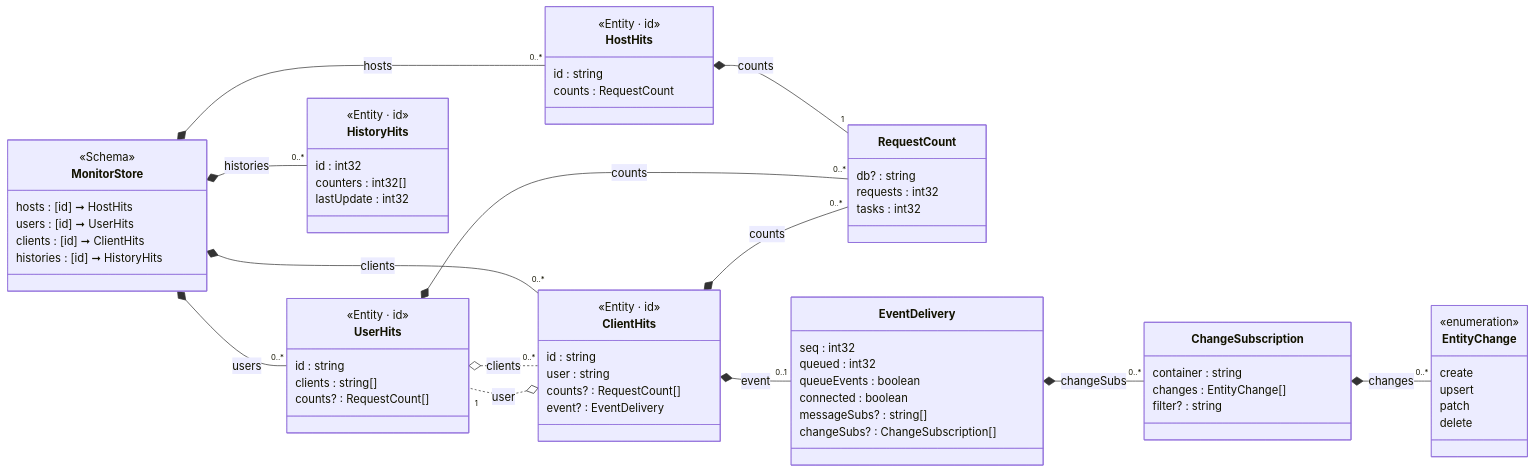
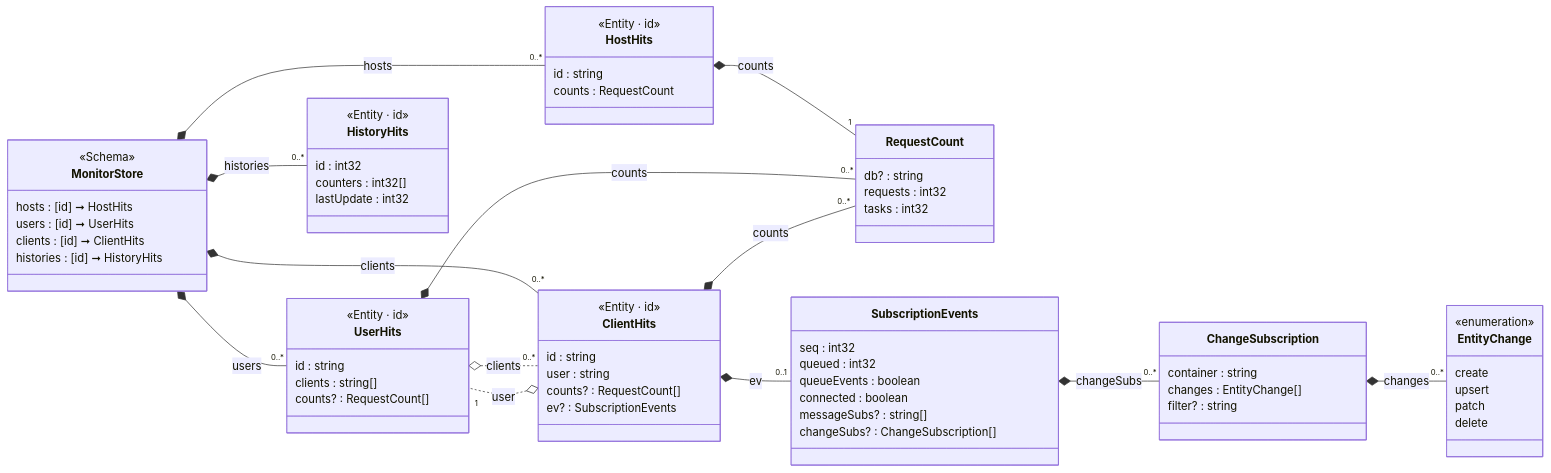
The diagram in Json.Tests/assets~/Schema/Markdown/MonitorStore/class-diagram.md (friflo/Friflo.Json.Fliox), drawn with Mermaid before and after one commit. The commit also changed 49 other files, not shown here.

Commit message:
moved / rename model classes from: DB.Monitor -> DB.Cluster - EventDelivery - > SubscriptionEvents - ChangeSubscription

````diff
--- a/Json.Tests/assets~/Schema/Markdown/MonitorStore/class-diagram.md
+++ b/Json.Tests/assets~/Schema/Markdown/MonitorStore/class-diagram.md
@@ -3,85 +3,85 @@
 ```mermaid
 classDiagram
 direction LR
 
 class MonitorStore:::cssSchema {
     <<Schema>>
     <<abstract>>
     hosts      : [id] ➞ HostHits
     users      : [id] ➞ UserHits
     clients    : [id] ➞ ClientHits
     histories  : [id] ➞ HistoryHits
 }
 MonitorStore *-- "0..*" HostHits : hosts
 MonitorStore *-- "0..*" UserHits : users
 MonitorStore *-- "0..*" ClientHits : clients
 MonitorStore *-- "0..*" HistoryHits : histories
 
 class HostHits:::cssEntity {
     <<Entity · id>>
     id      : string
     counts  : RequestCount
 }
 HostHits *-- "1" RequestCount : counts
 
 class UserHits:::cssEntity {
     <<Entity · id>>
     id       : string
     clients  : string[]
     counts?  : RequestCount[]
 }
 UserHits o.. "0..*" ClientHits : clients
 UserHits *-- "0..*" RequestCount : counts
 
 class ClientHits:::cssEntity {
     <<Entity · id>>
     id      : string
     user    : string
     counts? : RequestCount[]
-    event?  : EventDelivery
+    ev?     : SubscriptionEvents
 }
 ClientHits o.. "1" UserHits : user
 ClientHits *-- "0..*" RequestCount : counts
-ClientHits *-- "0..1" EventDelivery : event
+ClientHits *-- "0..1" SubscriptionEvents : ev
 
 class HistoryHits:::cssEntity {
     <<Entity · id>>
     id          : int32
     counters    : int32[]
     lastUpdate  : int32
 }
 
 class RequestCount {
     db?       : string
     requests  : int32
     tasks     : int32
 }
 
-class EventDelivery {
+class SubscriptionEvents {
     seq          : int32
     queued       : int32
     queueEvents  : boolean
     connected    : boolean
     messageSubs? : string[]
     changeSubs?  : ChangeSubscription[]
 }
-EventDelivery *-- "0..*" ChangeSubscription : changeSubs
+SubscriptionEvents *-- "0..*" ChangeSubscription : changeSubs
 
 class ChangeSubscription {
     container  : string
     changes    : EntityChange[]
     filter?    : string
 }
 ChangeSubscription *-- "0..*" EntityChange : changes
 
 class EntityChange:::cssEnum {
     <<enumeration>>
     create
     upsert
     patch
     delete
 }
 
 
 
 ```
````
